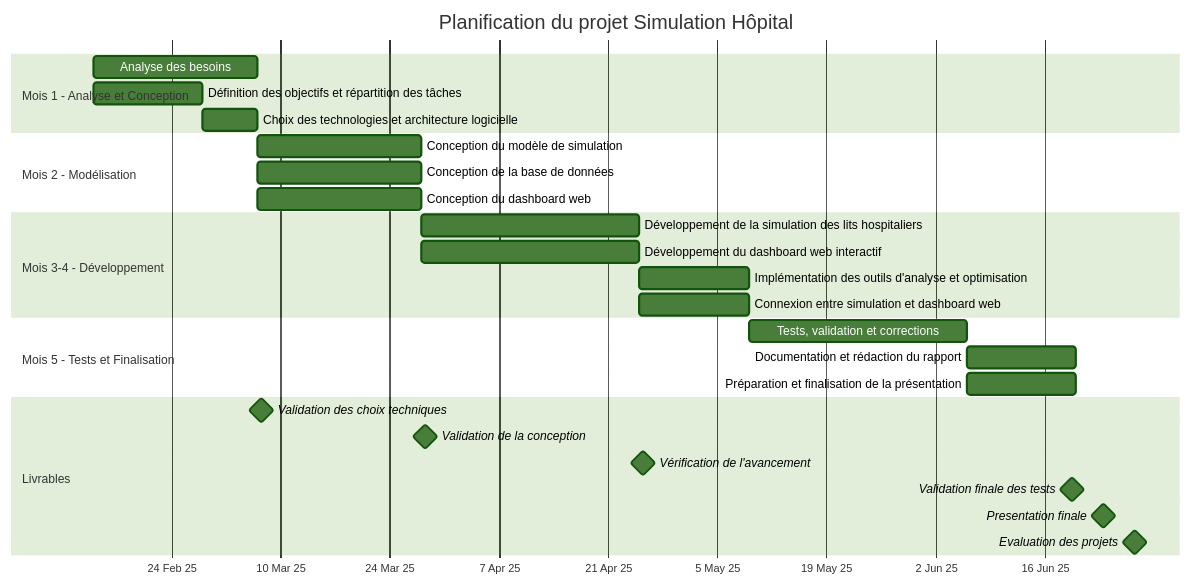
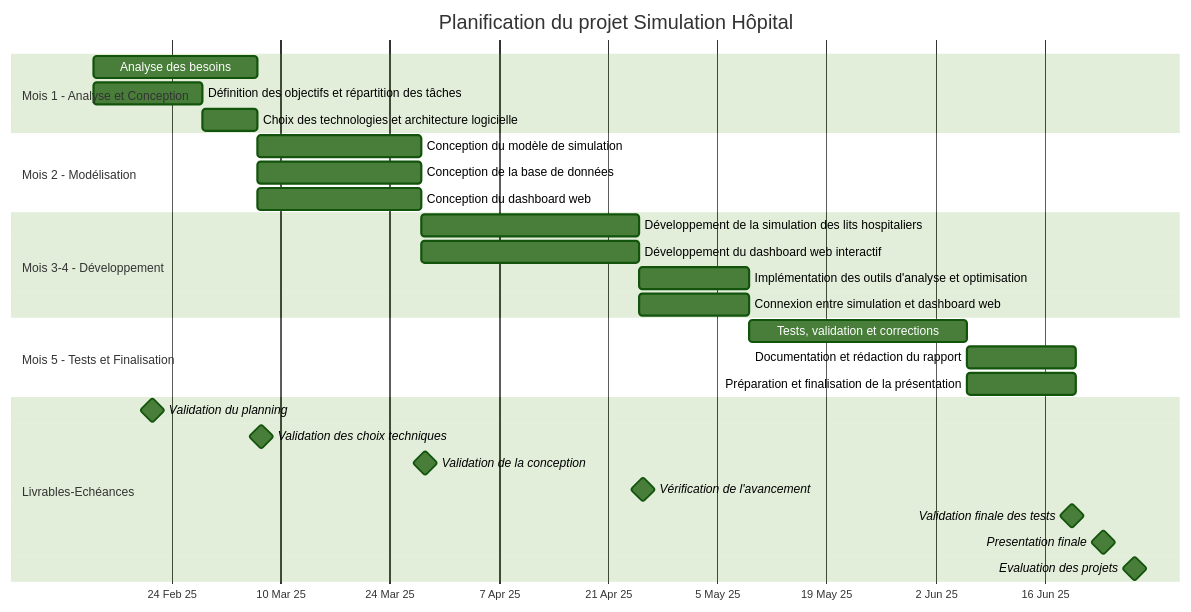
Before and after one commit to carlmonnaert/Medical-AI: the diagram in PLANNING.md, drawn with Mermaid (forest theme).

Commit message:
Edit PLANNING.md - added planning validation

````diff
--- a/PLANNING.md
+++ b/PLANNING.md
@@ -3,38 +3,39 @@
 ```mermaid    
     gantt
     title Planification du projet Simulation Hôpital
     dateFormat DD/MM/YYYY
     axisFormat %e %b %y
     tickInterval 2week
     weekday monday
     todayMarker on
 
     section Mois 1 - Analyse et Conception
     Analyse des besoins: 14/02/2025, 3w
     Définition des objectifs et répartition des tâches: 14/02/2025, 2w
     Choix des technologies et architecture logicielle: 28/02/2025, 1w
 
     section Mois 2 - Modélisation
     Conception du modèle de simulation: 07/03/2025, 3w
     Conception de la base de données: 07/03/2025, 3w
     Conception du dashboard web: 07/03/2025, 3w
 
     section Mois 3-4 - Développement
     Développement de la simulation des lits hospitaliers: 28/03/2025, 4w
     Développement du dashboard web interactif: 28/03/2025, 4w
     Implémentation des outils d'analyse et optimisation: 25/04/2025, 2w
     Connexion entre simulation et dashboard web: 25/04/2025, 2w
 
     section Mois 5 - Tests et Finalisation
     Tests, validation et corrections: 09/05/2025, 4w
     Documentation et rédaction du rapport: 06/06/2025, 2w
     Préparation et finalisation de la présentation: 06/06/2025, 2w
 
-    section Livrables
+    section Livrables-Echéances
+    Validation du planning: milestone, 21/02/2025, 1d
     Validation des choix techniques: milestone, 07/03/2025, 1d
     Validation de la conception: milestone, 28/03/2025, 1d
     Vérification de l'avancement: milestone, 25/04/2025, 1d
     Validation finale des tests: milestone, 19/06/2025, 1d
     Presentation finale: milestone, 20/06/2025, 7d
     Evaluation des projets: milestone, 27/06/2025, 1d
 ```
````
